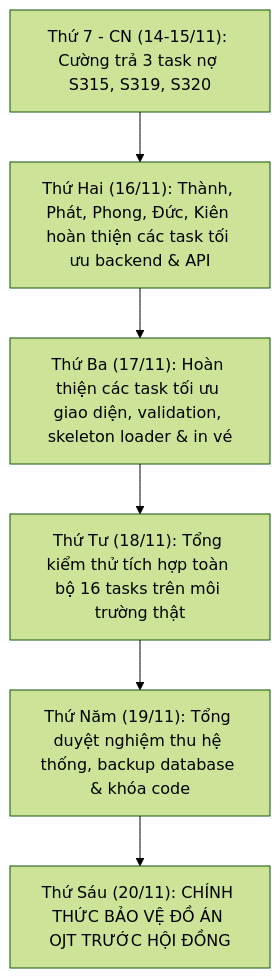
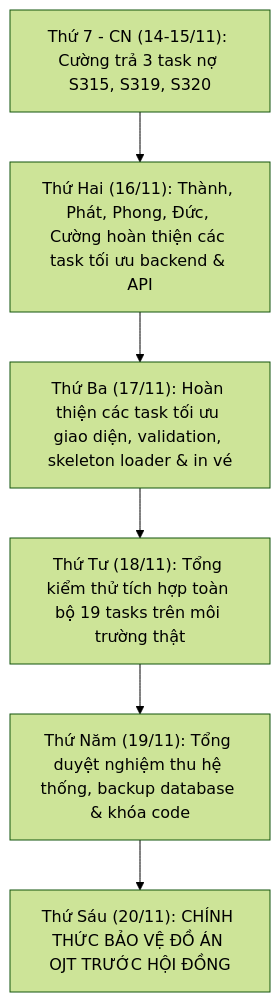
Before and after one commit to phamcongthanhvn2k6/traveleasy-platform: the diagram in docs/04-agile-and-sprints/SPRINT_4_README.md, drawn with Mermaid (forest theme). The commit also changed other lines of this file, not shown here.

Commit message:
docs(sprint-4): exclude Phan Trung Kien and redistribute 19 technical optimization tasks across 5 active OJT members

````diff
--- a/docs/04-agile-and-sprints/SPRINT_4_README.md
+++ b/docs/04-agile-and-sprints/SPRINT_4_README.md
@@ -96,8 +99,8 @@
 ```mermaid
 flowchart TD
-    D1["Thứ 7 - CN (14-15/11): Cường trả 3 task nợ S315, S319, S320"] --> D2["Thứ Hai (16/11): Thành, Phát, Phong, Đức, Kiên hoàn thiện các task tối ưu backend & API"]
+    D1["Thứ 7 - CN (14-15/11): Cường trả 3 task nợ S315, S319, S320"] --> D2["Thứ Hai (16/11): Thành, Phát, Phong, Đức, Cường hoàn thiện các task tối ưu backend & API"]
     D2 --> D3["Thứ Ba (17/11): Hoàn thiện các task tối ưu giao diện, validation, skeleton loader & in vé"]
-    D3 --> D4["Thứ Tư (18/11): Tổng kiểm thử tích hợp toàn bộ 16 tasks trên môi trường thật"]
+    D3 --> D4["Thứ Tư (18/11): Tổng kiểm thử tích hợp toàn bộ 19 tasks trên môi trường thật"]
     D4 --> D5["Thứ Năm (19/11): Tổng duyệt nghiệm thu hệ thống, backup database & khóa code"]
     D5 --> D6["Thứ Sáu (20/11): CHÍNH THỨC BẢO VỆ ĐỒ ÁN OJT TRƯỚC HỘI ĐỒNG"]
 ```
````
